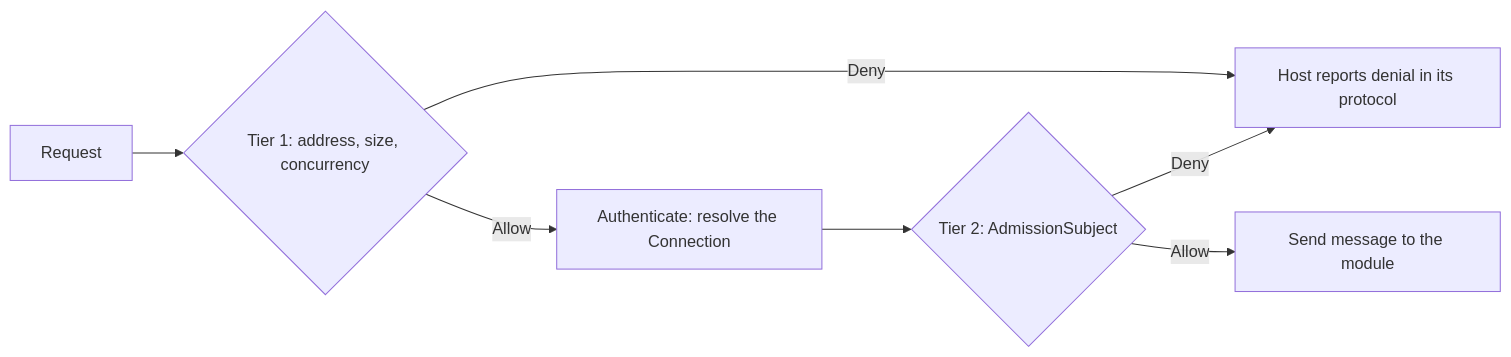
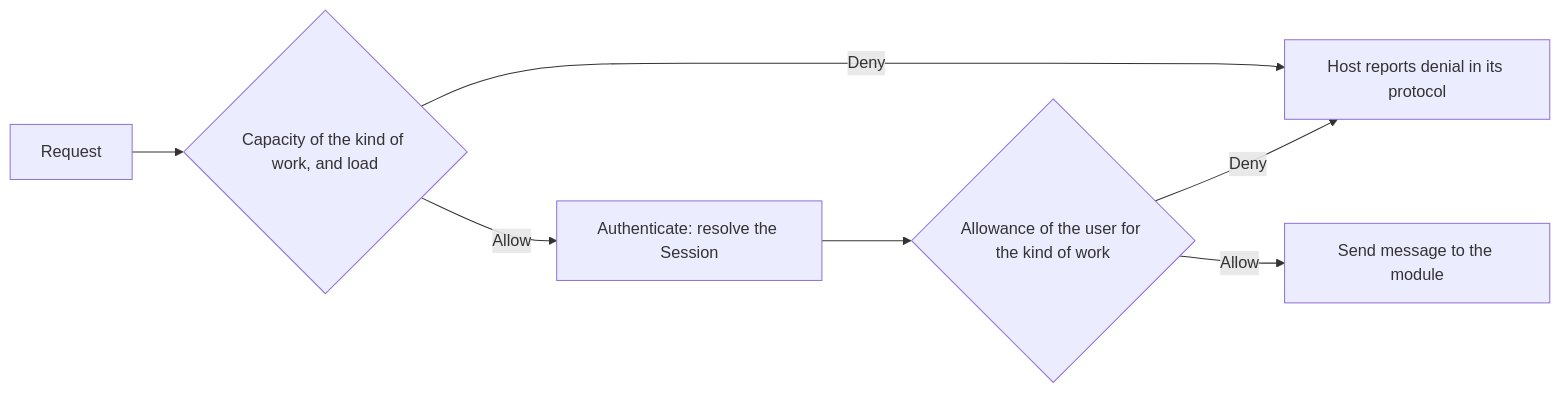
One commit to thnhmai06/osuBasil changed the diagram in docs/for-developers/gateway.md. Above: the diagram before and after it, drawn with Mermaid. The commit also changed other lines of this file and 112 other files, not shown here.

First line of the commit message:
feat(api,gateway): authorize first, named values, one-tier admission

````diff
--- a/docs/for-developers/gateway.md
+++ b/docs/for-developers/gateway.md
@@ -112,9 +119,9 @@
 ```mermaid
 flowchart LR
-    R[Request] --> T1{Tier 1: address, size, concurrency}
-    T1 -- Deny --> D[Host reports denial in its protocol]
-    T1 -- Allow --> A[Authenticate: resolve the Connection]
-    A --> T2{Tier 2: AdmissionSubject}
-    T2 -- Deny --> D
-    T2 -- Allow --> M[Send message to the module]
+    R[Request] --> C{Capacity of the kind of work, and load}
+    C -- Deny --> D[Host reports denial in its protocol]
+    C -- Allow --> A[Authenticate: resolve the Session]
+    A --> U{Allowance of the user for the kind of work}
+    U -- Deny --> D
+    U -- Allow --> M[Send message to the module]
 ```
````
